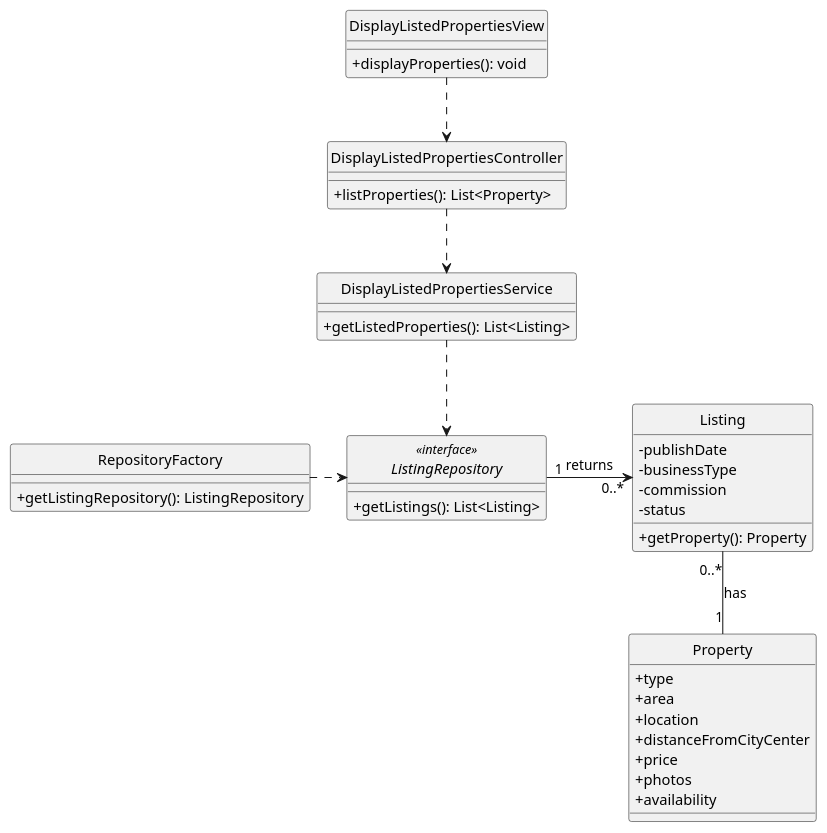
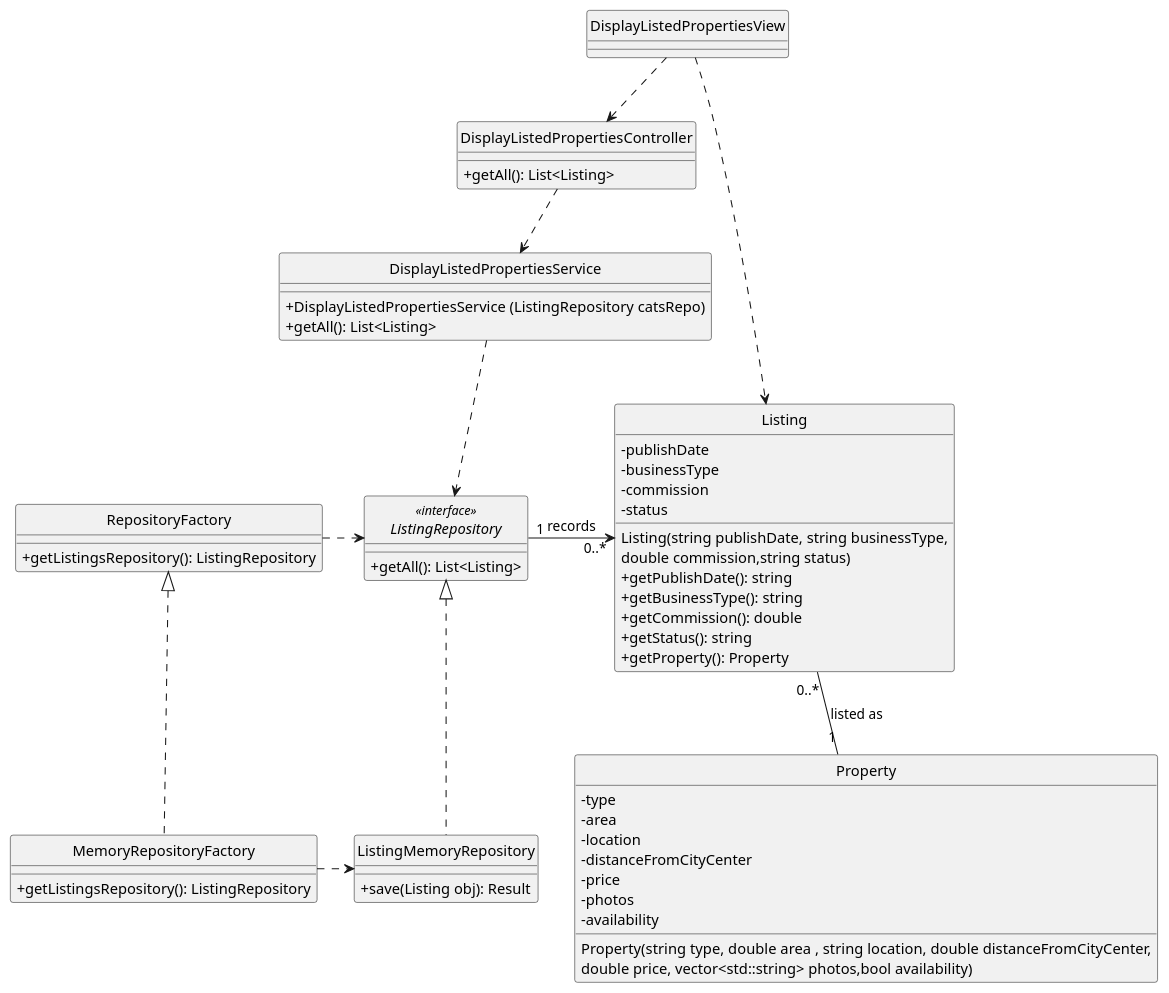
Before and after one commit to goncalomaia18/leti-esoft-24-25-A2: the diagram in docs/Sprint3/US20/US20-CD.puml, drawn with PlantUML. The commit also changed 3 other files, not shown here.

```diff
--- a/docs/Sprint3/US20/US20-CD.puml
+++ b/docs/Sprint3/US20/US20-CD.puml
@@ -1,50 +1,72 @@
 @startuml
 hide circle
 skinparam classAttributeIconSize 0
 
 class DisplayListedPropertiesView {
-  +displayProperties(): void
 }
 
 class DisplayListedPropertiesController {
-  +listProperties(): List<Property>
+  +getAll(): List<Listing>
 }
 
 class DisplayListedPropertiesService {
-  +getListedProperties(): List<Listing>
+  + DisplayListedPropertiesService (ListingRepository catsRepo)
+  +getAll(): List<Listing>
 }
 
 interface ListingRepository <<interface>> {
-  +getListings(): List<Listing>
+  +getAll(): List<Listing>
 }
 
 
 class Listing {
   -publishDate
   -businessType
   -commission
   -status
+  Listing(string publishDate, string businessType,
+ double commission,string status)
+  +getPublishDate(): string
+  +getBusinessType(): string
+  +getCommission(): double
+  +getStatus(): string
   +getProperty(): Property
 }
 
 class RepositoryFactory{
-  +getListingRepository(): ListingRepository
+  +getListingsRepository(): ListingRepository
 }
 class Property {
-    +type
-    +area
-    +location
-    +distanceFromCityCenter
-    +price
-    +photos
-    +availability
+    -type
+    -area
+    -location
+    -distanceFromCityCenter
+    -price
+    -photos
+    -availability
+
+Property(string type, double area , string location, double distanceFromCityCenter,
+double price, vector<std::string> photos,bool availability)
+}
+class ListingMemoryRepository {
++ save(Listing obj): Result
 }
 
+class MemoryRepositoryFactory {
++ getListingsRepository(): ListingRepository
+}
 
-ListingRepository "1" -right-> "0..*" Listing:  returns
-Property "1" -up- "0..*" Listing : has
+ListingMemoryRepository .up.|> ListingRepository
+MemoryRepositoryFactory .up.|> RepositoryFactory
+
+MemoryRepositoryFactory .right.> ListingMemoryRepository
+
+
+ListingRepository "1" -right-> "0..*" Listing:  records
+Property "1" -up- "0..*" Listing : listed as
 DisplayListedPropertiesView ..> DisplayListedPropertiesController
 DisplayListedPropertiesController ..> DisplayListedPropertiesService
 DisplayListedPropertiesService ..> ListingRepository
 RepositoryFactory .right.> ListingRepository
+DisplayListedPropertiesView ..> Listing
 @enduml
```
